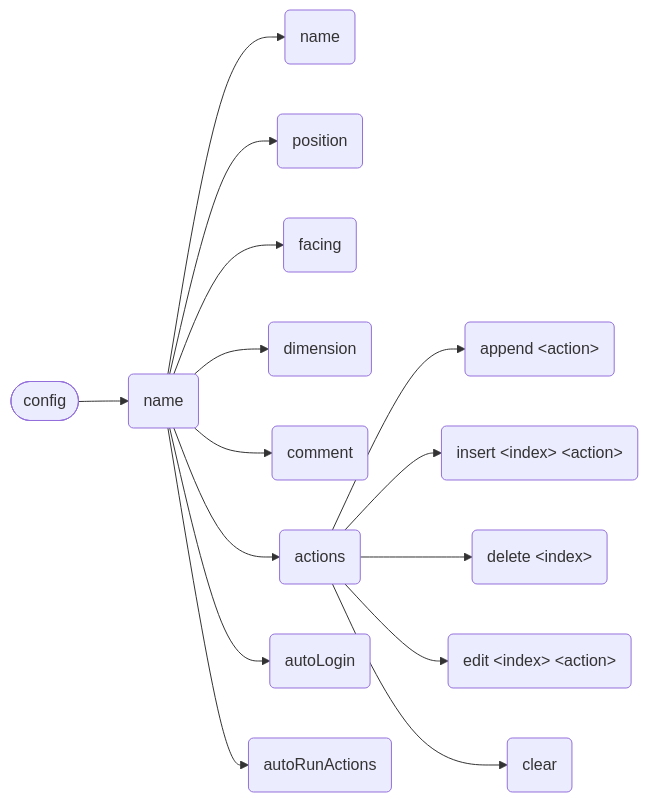
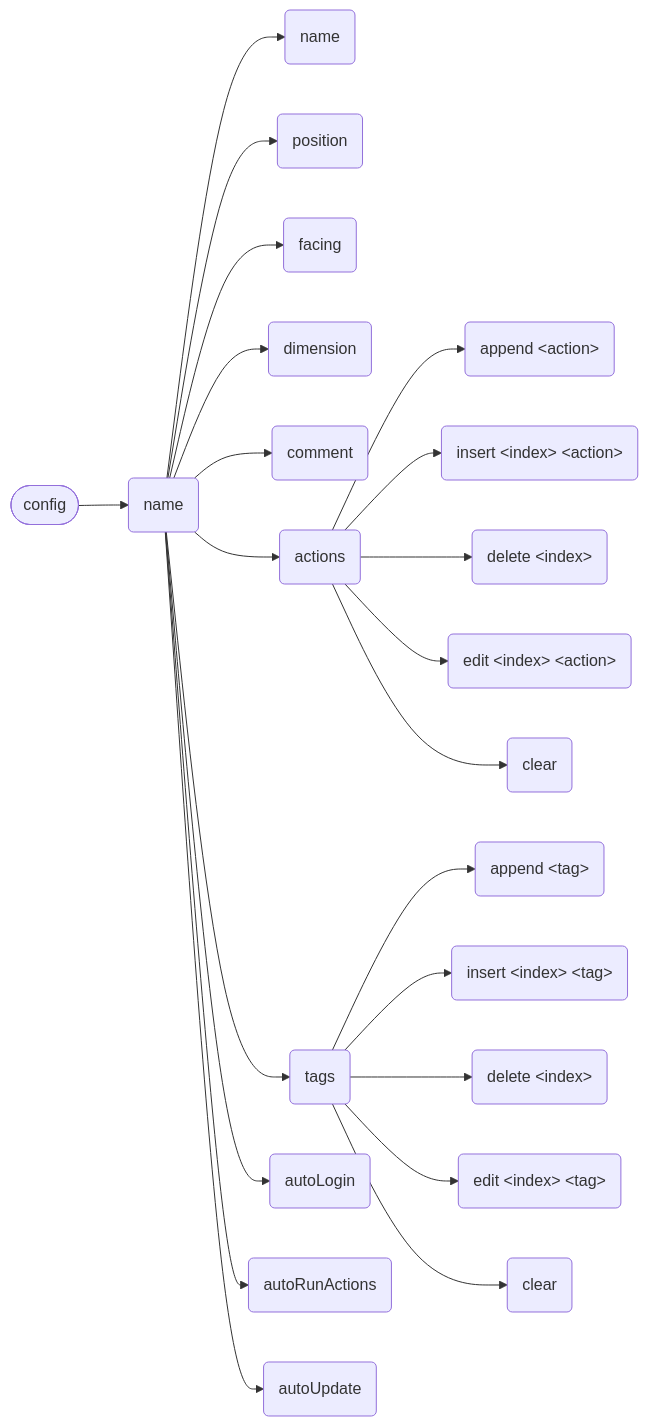
Before and after one commit to AnzhiZhang/MCDReforgedPlugins: the fourth of 4 diagrams in bot/readme.md, drawn with Mermaid. The commit also changed other lines of this file and 9 other files, not shown here.

First line of the commit message:
feat(bot): ✨ tags and auto update

````diff
--- a/bot/readme.md
+++ b/bot/readme.md
@@ -112,20 +126,28 @@
 ```mermaid
 flowchart LR
     start([config])
     start --> bot_name(name)
 
     bot_name --> name(name)
     bot_name --> position(position)
     bot_name --> facing(facing)
     bot_name --> dimension(dimension)
     bot_name --> comment(comment)
     bot_name --> actions(actions)
+    bot_name --> tags(tags)
     bot_name --> autoLogin(autoLogin)
     bot_name --> autoRunActions(autoRunActions)
+    bot_name --> autoUpdate(autoUpdate)
 
-    actions --> append("append &lt;action&gt;")
-    actions --> insert("insert &lt;index&gt; &lt;action&gt;")
-    actions --> delete("delete &lt;index&gt")
-    actions --> edit("edit &lt;index&gt; &lt;action&gt;")
-    actions --> clear(clear)
+    actions --> actions_append("append &lt;action&gt;")
+    actions --> actions_insert("insert &lt;index&gt; &lt;action&gt;")
+    actions --> actions_delete("delete &lt;index&gt")
+    actions --> actions_edit("edit &lt;index&gt; &lt;action&gt;")
+    actions --> actions_clear(clear)
+
+    tags --> tags_append("append &lt;tag&gt;")
+    tags --> tags_insert("insert &lt;index&gt; &lt;tag&gt;")
+    tags --> tags_delete("delete &lt;index&gt")
+    tags --> tags_edit("edit &lt;index&gt; &lt;tag&gt;")
+    tags --> tags_clear(clear)
 ```
````
